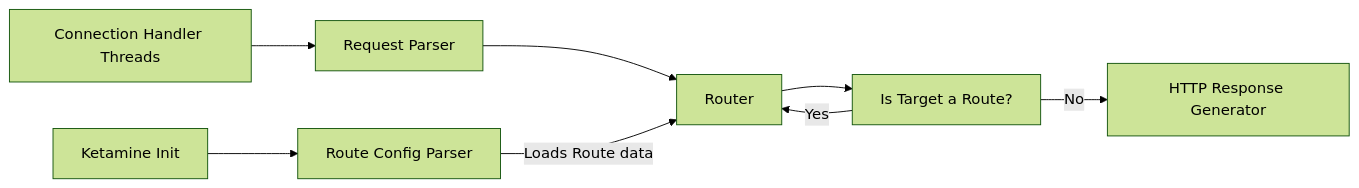
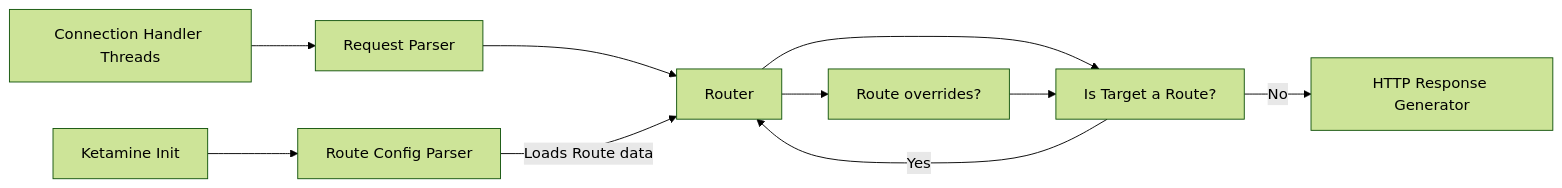
Before and after one commit to piotrwyrw/ketamine: the diagram in README.md, drawn with Mermaid (forest theme).

Commit message:
Update readme to include route overrides

````diff
--- a/README.md
+++ b/README.md
@@ -35,10 +35,12 @@
 ```mermaid
 flowchart LR
     a[Request Parser] --> b[Router]
     g[Connection Handler Threads] --> a
     e[Route Config Parser] -- Loads Route data --> b
     f[Ketamine Init] --> e
     b --> c[Is Target a Route?]
     c -- Yes --> b
     c -- No --> d[HTTP Response Generator]
+    b --> h[Route overrides?]
+    h --> c
 ```
````
